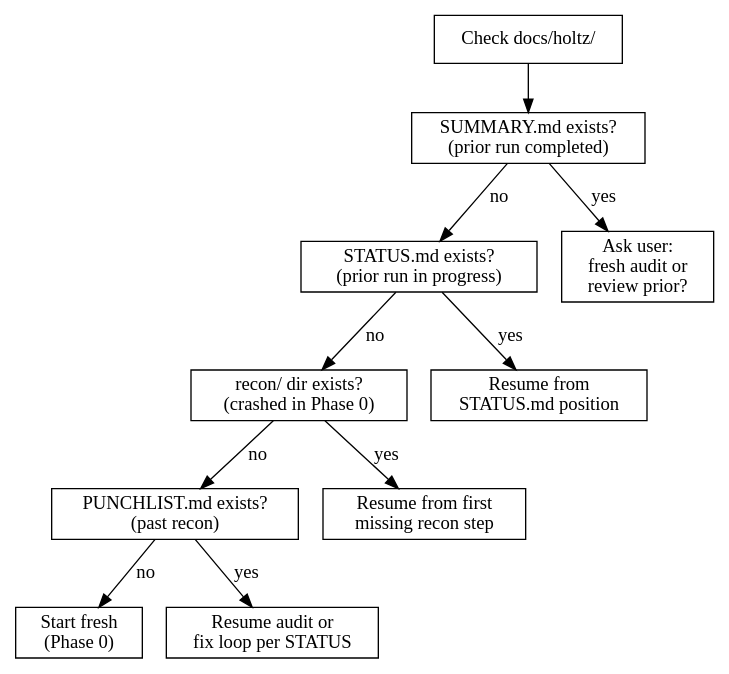
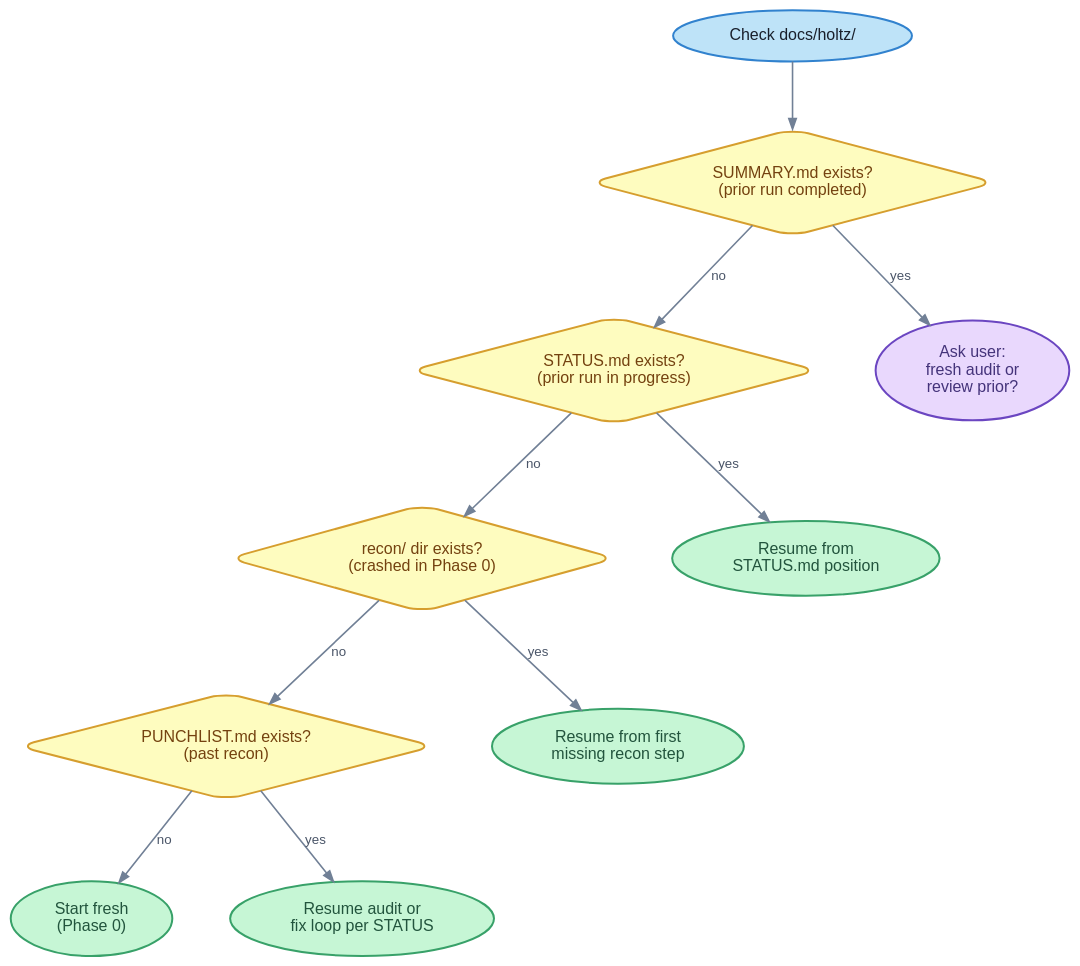
The diagram in docs/diagrams/resume-lifecycle.dot (jbrjake/holtz), drawn with Graphviz before and after one commit. The commit also changed 7 other files, not shown here.

First line of the commit message:
docs: style diagrams with color-coded nodes and clean typography

```diff
--- a/docs/diagrams/resume-lifecycle.dot
+++ b/docs/diagrams/resume-lifecycle.dot
@@ -1,24 +1,101 @@
 digraph {
   rankdir=TB
-  node [shape=box]
-  check [label="Check docs/holtz/"]
-  summary [label="SUMMARY.md exists?\n(prior run completed)"]
-  status [label="STATUS.md exists?\n(prior run in progress)"]
-  recon [label="recon/ dir exists?\n(crashed in Phase 0)"]
-  punchlist [label="PUNCHLIST.md exists?\n(past recon)"]
-  fresh [label="Start fresh\n(Phase 0)"]
-  resume_status [label="Resume from\nSTATUS.md position"]
-  resume_recon [label="Resume from first\nmissing recon step"]
-  resume_audit [label="Resume audit or\nfix loop per STATUS"]
-  ask [label="Ask user:\nfresh audit or\nreview prior?"]
+  bgcolor="transparent"
+  pad=0.4
+  nodesep=0.6
+  ranksep=0.7
+
+  node [
+    fontname="Helvetica"
+    fontsize=12
+    style="filled,rounded"
+    fillcolor="#f0f4f8"
+    color="#4a5568"
+    fontcolor="#1a202c"
+    penwidth=1.5
+    margin="0.15,0.1"
+  ]
+
+  edge [
+    fontname="Helvetica"
+    fontsize=10
+    fontcolor="#4a5568"
+    color="#718096"
+    penwidth=1.2
+    arrowsize=0.8
+  ]
+
+  check [
+    label="Check docs/holtz/"
+    fillcolor="#bee3f8"
+    color="#3182ce"
+  ]
+  summary [
+    label="SUMMARY.md exists?\n(prior run completed)"
+    shape=diamond
+    fillcolor="#fefcbf"
+    color="#d69e2e"
+    fontcolor="#744210"
+  ]
+  status [
+    label="STATUS.md exists?\n(prior run in progress)"
+    shape=diamond
+    fillcolor="#fefcbf"
+    color="#d69e2e"
+    fontcolor="#744210"
+  ]
+  recon [
+    label="recon/ dir exists?\n(crashed in Phase 0)"
+    shape=diamond
+    fillcolor="#fefcbf"
+    color="#d69e2e"
+    fontcolor="#744210"
+  ]
+  punchlist [
+    label="PUNCHLIST.md exists?\n(past recon)"
+    shape=diamond
+    fillcolor="#fefcbf"
+    color="#d69e2e"
+    fontcolor="#744210"
+  ]
+  fresh [
+    label="Start fresh\n(Phase 0)"
+    fillcolor="#c6f6d5"
+    color="#38a169"
+    fontcolor="#22543d"
+  ]
+  resume_status [
+    label="Resume from\nSTATUS.md position"
+    fillcolor="#c6f6d5"
+    color="#38a169"
+    fontcolor="#22543d"
+  ]
+  resume_recon [
+    label="Resume from first\nmissing recon step"
+    fillcolor="#c6f6d5"
+    color="#38a169"
+    fontcolor="#22543d"
+  ]
+  resume_audit [
+    label="Resume audit or\nfix loop per STATUS"
+    fillcolor="#c6f6d5"
+    color="#38a169"
+    fontcolor="#22543d"
+  ]
+  ask [
+    label="Ask user:\nfresh audit or\nreview prior?"
+    fillcolor="#e9d8fd"
+    color="#6b46c1"
+    fontcolor="#44337a"
+  ]
 
   check -> summary
   summary -> ask [label="yes"]
   summary -> status [label="no"]
   status -> resume_status [label="yes"]
   status -> recon [label="no"]
   recon -> resume_recon [label="yes"]
   recon -> punchlist [label="no"]
   punchlist -> resume_audit [label="yes"]
   punchlist -> fresh [label="no"]
 }
```
